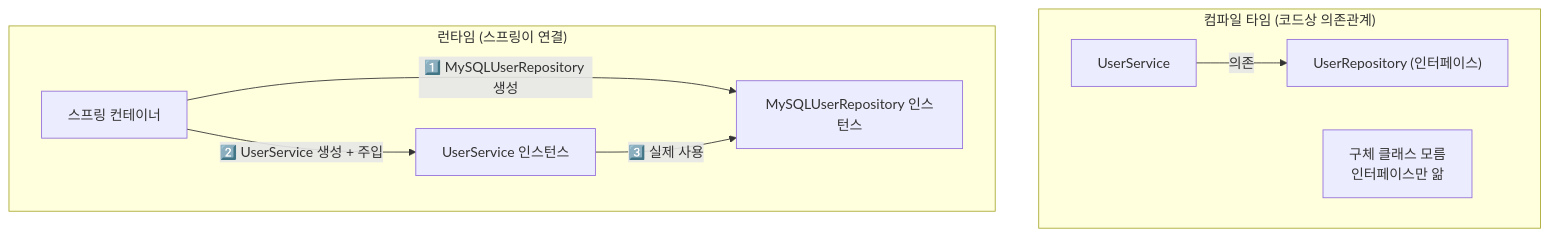
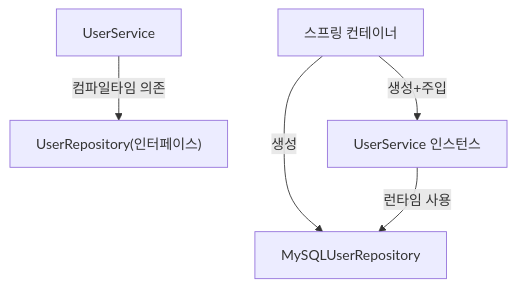
The second of 5 diagrams in _posts/spring/2022-06-16-의존관계 주입(DI).md (yjkim2015/yjkim2015.github.io), drawn with Mermaid before and after one commit. The commit also changed other lines of this file and 215 other files, not shown here.

First line of the commit message:
신규 포스트 10개 추가 + Mermaid 전면 축소 + SystemDesign 시리즈 보강

````diff
--- a/_posts/spring/2022-06-16-의존관계 주입(DI).md
+++ b/_posts/spring/2022-06-16-의존관계 주입(DI).md
@@ -70,18 +68,7 @@
 ```mermaid
 graph TD
-    subgraph "컴파일 타임 (코드상 의존관계)"
-        SVC1["UserService"]
-        IFACE["UserRepository (인터페이스)"]
-        SVC1 -->|"의존"| IFACE
-        NOTE1["구체 클래스 모름\n인터페이스만 앎"]
-    end
-
-    subgraph "런타임 (스프링이 연결)"
-        SVC2["UserService 인스턴스"]
-        IMPL["MySQLUserRepository 인스턴스"]
-        CTX["스프링 컨테이너"]
-        CTX -->|"1️⃣ MySQLUserRepository 생성"| IMPL
-        CTX -->|"2️⃣ UserService 생성 + 주입"| SVC2
-        SVC2 -->|"3️⃣ 실제 사용"| IMPL
-    end
+    SVC1["UserService"] -->|컴파일타임 의존| IFACE["UserRepository(인터페이스)"]
+    CTX["스프링 컨테이너"] -->|생성| IMPL["MySQLUserRepository"]
+    CTX -->|생성+주입| SVC2["UserService 인스턴스"]
+    SVC2 -->|런타임 사용| IMPL
 ```
````
